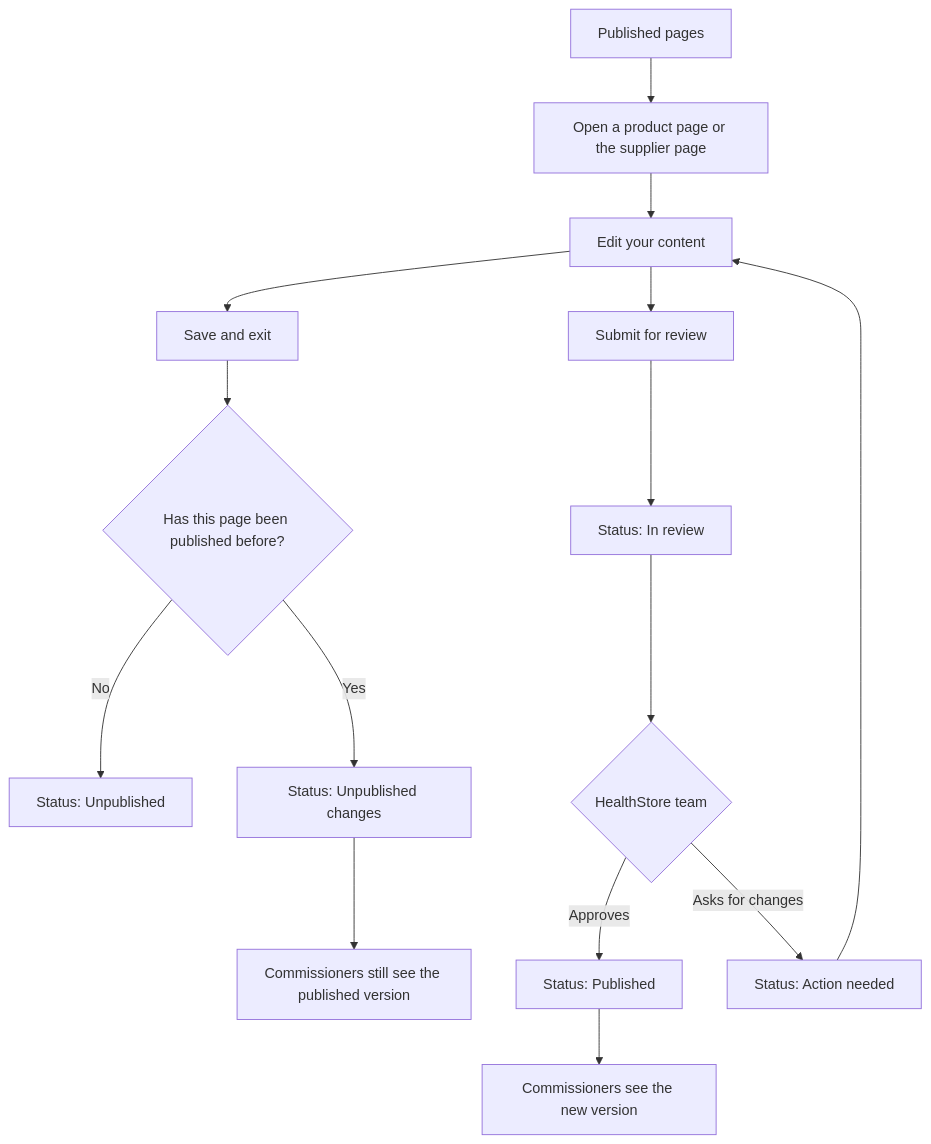
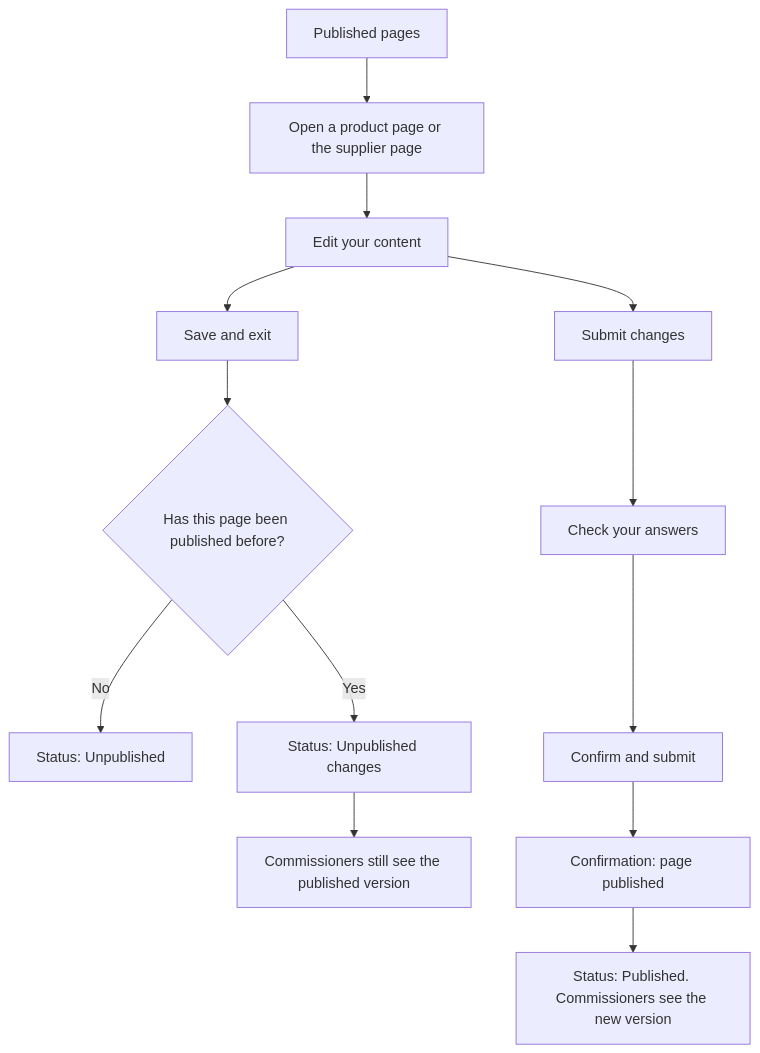
Before and after one commit to ataylanez/HealthStore-beta-Ezgi: diagram 13 of 13 in docs/SUPPLIER_PORTAL_FLOWS.md, drawn with Mermaid. The commit also changed other lines of this file and 76 other files, not shown here.

````diff
--- a/docs/SUPPLIER_PORTAL_FLOWS.md
+++ b/docs/SUPPLIER_PORTAL_FLOWS.md
@@ -273,17 +333,15 @@
 ```mermaid
 flowchart TD
   pages[Published pages] --> page[Open a product page or the supplier page]
   page --> edit[Edit your content]
   edit --> save[Save and exit]
   save --> first{Has this page been published before?}
   first -->|No| unpublished[Status: Unpublished]
   first -->|Yes| changes[Status: Unpublished changes]
   changes --> live[Commissioners still see the published version]
-  edit --> submit[Submit for review]
-  submit --> inReview[Status: In review]
-  inReview --> outcome{HealthStore team}
-  outcome -->|Approves| published[Status: Published]
-  outcome -->|Asks for changes| action[Status: Action needed]
-  action --> edit
-  published --> visible[Commissioners see the new version]
+  edit --> submit[Submit changes]
+  submit --> check[Check your answers]
+  check --> confirm[Confirm and submit]
+  confirm --> published[Confirmation: page published]
+  published --> visible[Status: Published. Commissioners see the new version]
 ```
````
